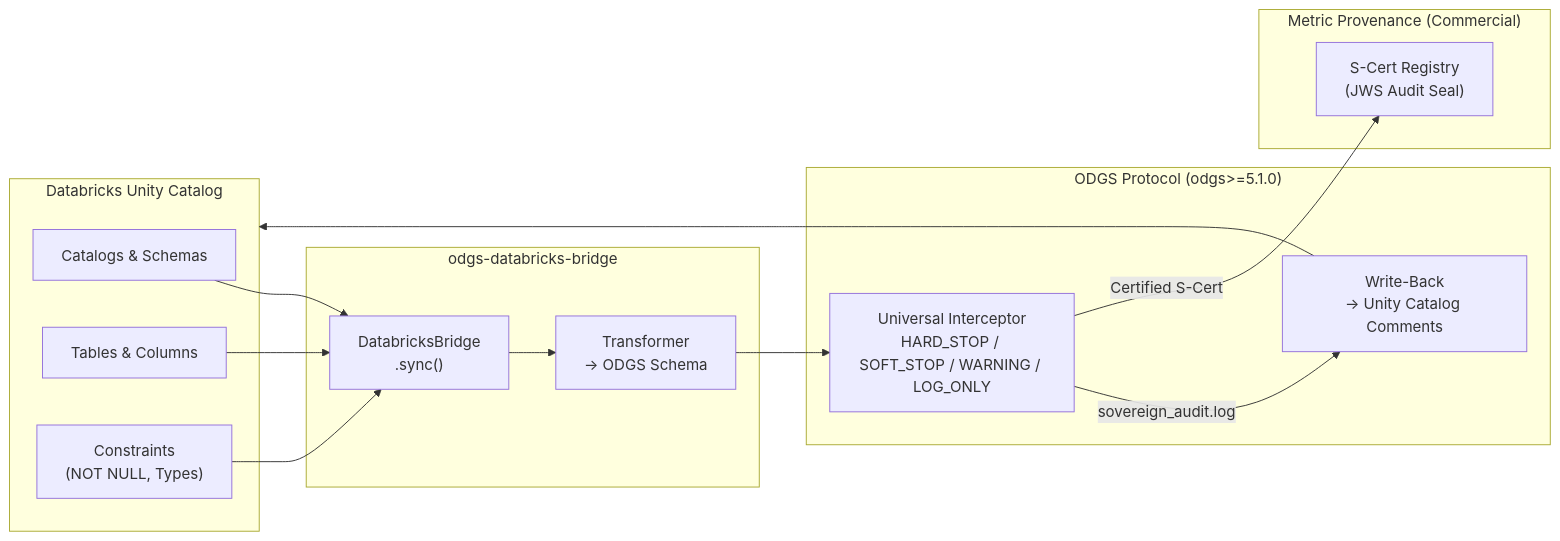
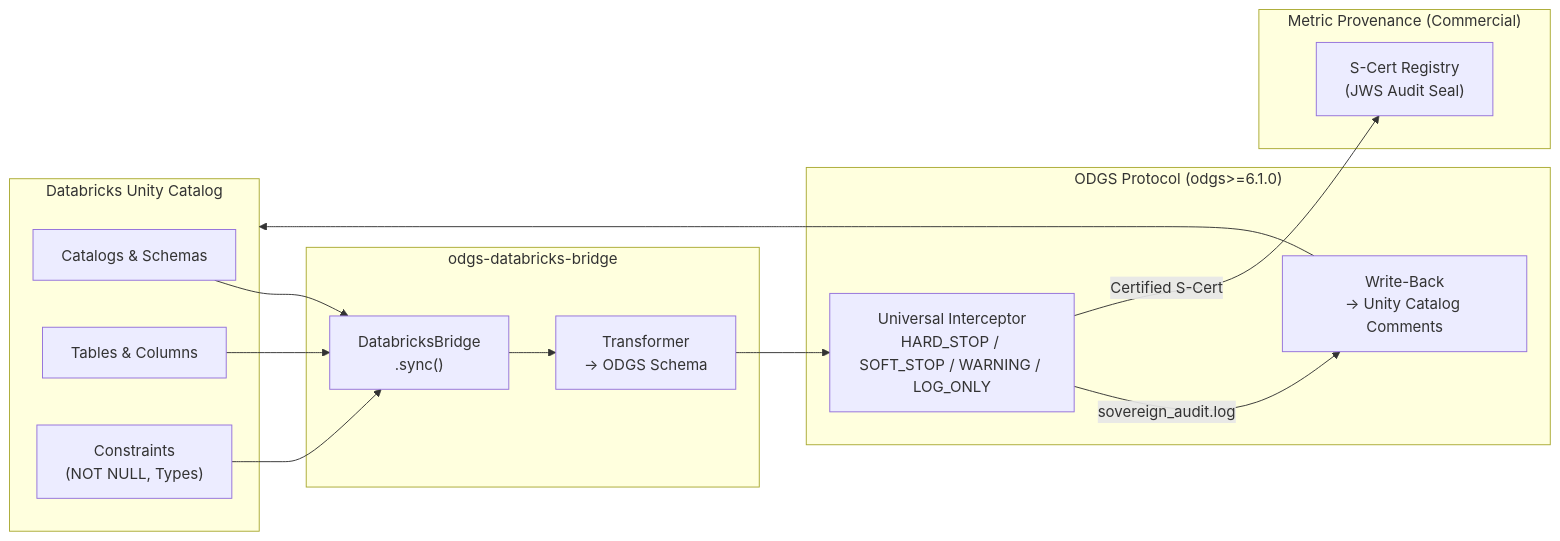
The diagram in README.md (MetricProvenance/odgs-databricks-bridge), drawn with Mermaid before and after one commit. The commit also changed other lines of this file and 2 other files, not shown here.

Commit message:
feat(v0.4.4): align README and metadata with ODGS v6.1.0 and remove legal indemnity phrasing

````diff
--- a/README.md
+++ b/README.md
@@ -26,26 +26,26 @@
 ```mermaid
 flowchart LR
     subgraph UC["Databricks Unity Catalog"]
         CAT["Catalogs & Schemas"]
         TBL["Tables & Columns"]
         CON["Constraints\n(NOT NULL, Types)"]
     end
 
     subgraph Bridge["odgs-databricks-bridge"]
         T["DatabricksBridge\n.sync()"]
         TR["Transformer\n→ ODGS Schema"]
     end
 
-    subgraph ODGS["ODGS Protocol (odgs>=5.1.0)"]
+    subgraph ODGS["ODGS Protocol (odgs>=6.1.0)"]
         I["Universal Interceptor\nHARD_STOP / SOFT_STOP / WARNING / LOG_ONLY"]
         WB["Write-Back\n→ Unity Catalog Comments"]
     end
 
     subgraph MP["Metric Provenance (Commercial)"]
         SC["S-Cert Registry\n(JWS Audit Seal)"]
     end
 
     CAT & TBL & CON --> T --> TR --> I
     I -->|"sovereign_audit.log"| WB --> UC
     I -->|"Certified S-Cert"| SC
 ```
````
